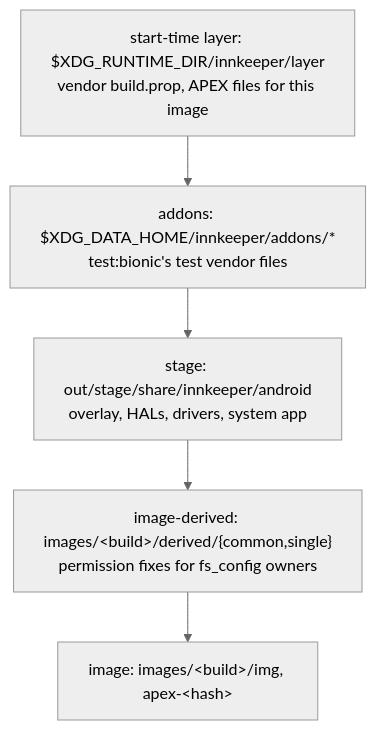
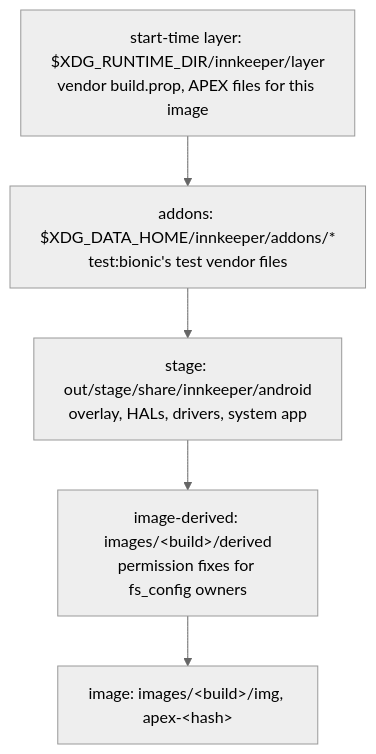
One commit to sargunv/innkeeper changed the second of 3 diagrams in docs/session.md. Above: the diagram before and after it, drawn with Mermaid (neutral theme). The commit also changed other lines of this file and 7 other files, not shown here.

First line of the commit message:
image: derive one layer instead of common and single

````diff
--- a/docs/session.md
+++ b/docs/session.md
@@ -80,9 +80,9 @@
 ```mermaid
 flowchart TB
   rt["start-time layer: $XDG_RUNTIME_DIR/innkeeper/layer<br/>vendor build.prop, APEX files for this image"]
   add["addons: $XDG_DATA_HOME/innkeeper/addons/*<br/>test:bionic's test vendor files"]
   stage["stage: out/stage/share/innkeeper/android<br/>overlay, HALs, drivers, system app"]
-  derived["image-derived: images/&lt;build&gt;/derived/{common,single}<br/>permission fixes for fs_config owners"]
+  derived["image-derived: images/&lt;build&gt;/derived<br/>permission fixes for fs_config owners"]
   img["image: images/&lt;build&gt;/img, apex-&lt;hash&gt;"]
   rt --> add --> stage --> derived --> img
 ```
````
